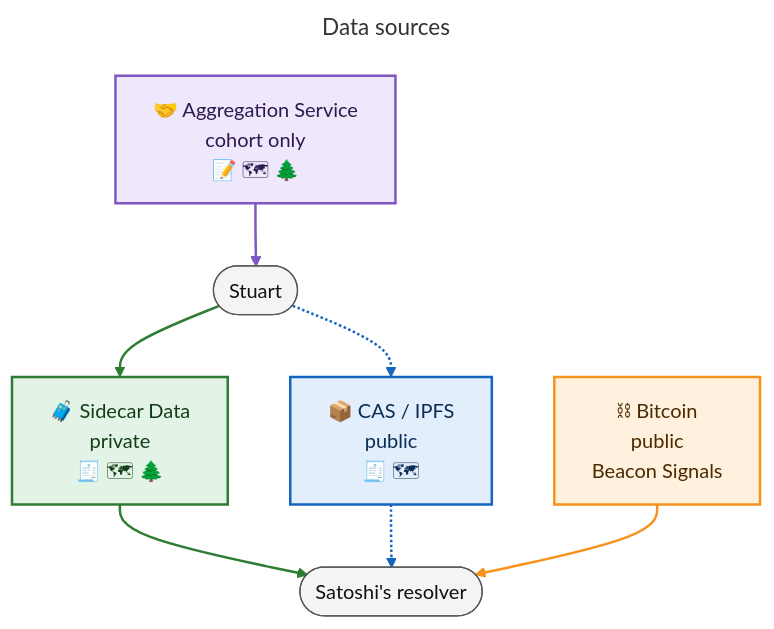
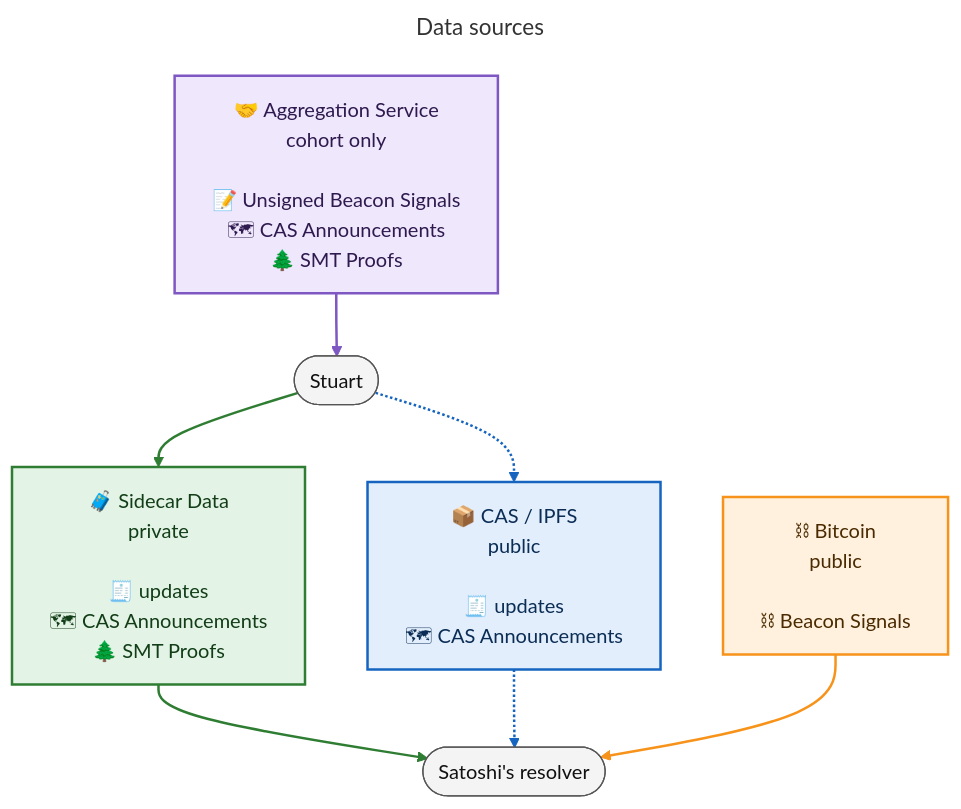
The diagram in public/diagrams/use-case/data-sources.mmd (dcdpr/website-btcr2-dev), drawn with Mermaid before and after one commit. The commit also changed 3 other files, not shown here.

First line of the commit message:
docs(diagrams): name the data in each message, not only icons

```diff
--- a/public/diagrams/use-case/data-sources.mmd
+++ b/public/diagrams/use-case/data-sources.mmd
@@ -1,31 +1,31 @@
 ---
 title: Data sources
 ---
 
 %% Each color is one data source. The icons are the same as in data-movement.mmd.
 
 flowchart TD
     classDef chain fill:#fff1dd,stroke:#f7931a,stroke-width:2px,color:#4a2a00
     classDef agg fill:#efe7fb,stroke:#7e57c2,stroke-width:2px,color:#2e1a4f
     classDef sidecar fill:#e3f4e6,stroke:#2e7d32,stroke-width:2px,color:#123d17
     classDef cas fill:#e2eefb,stroke:#1565c0,stroke-width:2px,color:#0b2d55
     classDef actor fill:#f4f4f4,stroke:#555555,color:#111111
 
-    Agg["🤝 Aggregation Service<br/>cohort only<br/>📝 🗺 🌲"]:::agg
+    Agg["🤝 Aggregation Service<br/>cohort only<br/><br/>📝 Unsigned Beacon Signals<br/>🗺 CAS Announcements<br/>🌲 SMT Proofs"]:::agg
     Stu(["Stuart"]):::actor
-    Sidecar["🧳 Sidecar Data<br/>private<br/>🧾 🗺 🌲"]:::sidecar
-    CAS["📦 CAS / IPFS<br/>public<br/>🧾 🗺"]:::cas
-    Chain["⛓ Bitcoin<br/>public<br/>Beacon Signals"]:::chain
+    Sidecar["🧳 Sidecar Data<br/>private<br/><br/>🧾 updates<br/>🗺 CAS Announcements<br/>🌲 SMT Proofs"]:::sidecar
+    CAS["📦 CAS / IPFS<br/>public<br/><br/>🧾 updates<br/>🗺 CAS Announcements"]:::cas
+    Chain["⛓ Bitcoin<br/>public<br/><br/>⛓ Beacon Signals"]:::chain
     Res(["Satoshi's resolver"]):::actor
 
     Agg --> Stu
     Stu --> Sidecar
     Stu -.-> CAS
     Sidecar --> Res
     CAS -.-> Res
     Chain --> Res
 
     linkStyle 0 stroke:#7e57c2,stroke-width:2px
     linkStyle 1,3 stroke:#2e7d32,stroke-width:2px
     linkStyle 2,4 stroke:#1565c0,stroke-width:2px
     linkStyle 5 stroke:#f7931a,stroke-width:2px
```
